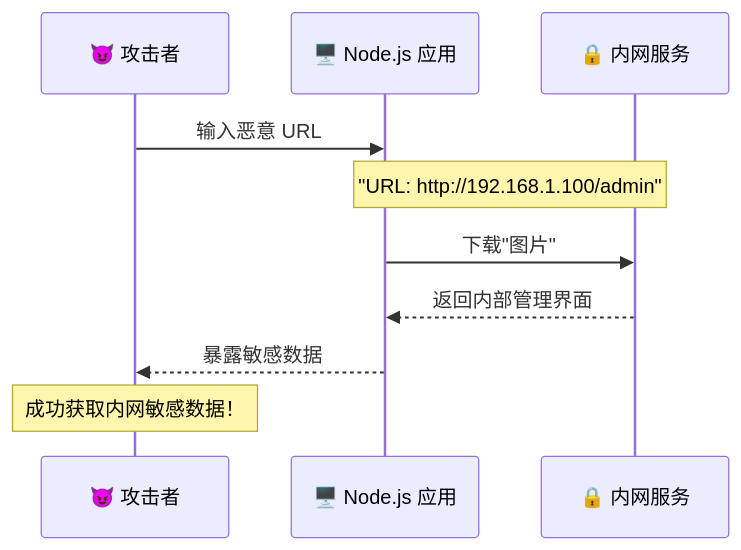
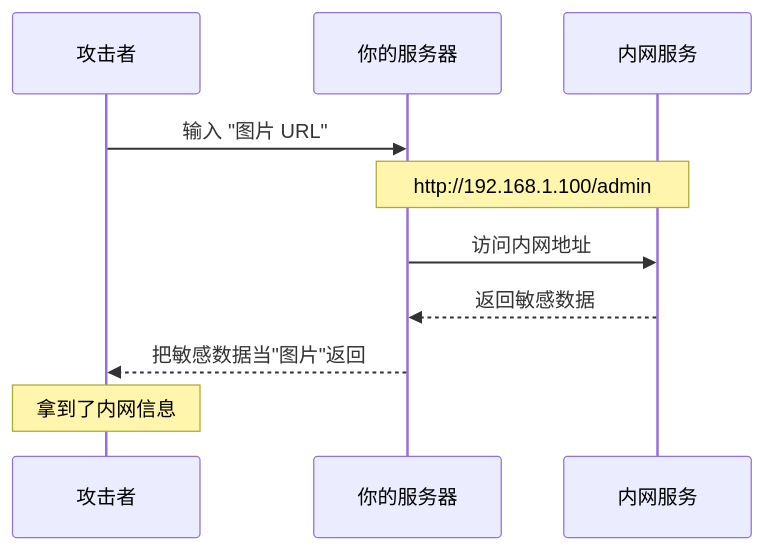
One commit to zhangshichuan/maxzhang.site changed the fourth of 5 diagrams in articles/zh/nodejs-security-guide.mdx. Above: the diagram before and after it, drawn with Mermaid. The commit also changed other lines of this file and 49 other files, not shown here.

````diff
--- a/articles/zh/nodejs-security-guide.mdx
+++ b/articles/zh/nodejs-security-guide.mdx
@@ -590,13 +450,13 @@
 ```mermaid
 sequenceDiagram
-    participant Attacker as 😈 攻击者
-    participant App as 🖥️ Node.js 应用
-    participant Internal as 🔒 内网服务
+    participant Attacker as 攻击者
+    participant Server as 你的服务器
+    participant Internal as 内网服务
 
-    Attacker->>App: 输入恶意 URL
-    Note over App,Internal: "URL: http://192.168.1.100/admin"
-    App->>Internal: 下载"图片"
-    Internal-->>App: 返回内部管理界面
-    App-->>Attacker: 暴露敏感数据
-    Note over Attacker: 成功获取内网敏感数据！
+    Attacker->>Server: 输入 "图片 URL"
+    Note over Server,Internal: http://192.168.1.100/admin
+    Server->>Internal: 访问内网地址
+    Internal-->>Server: 返回敏感数据
+    Server-->>Attacker: 把敏感数据当"图片"返回
+    Note over Attacker: 拿到了内网信息
 ```
````
